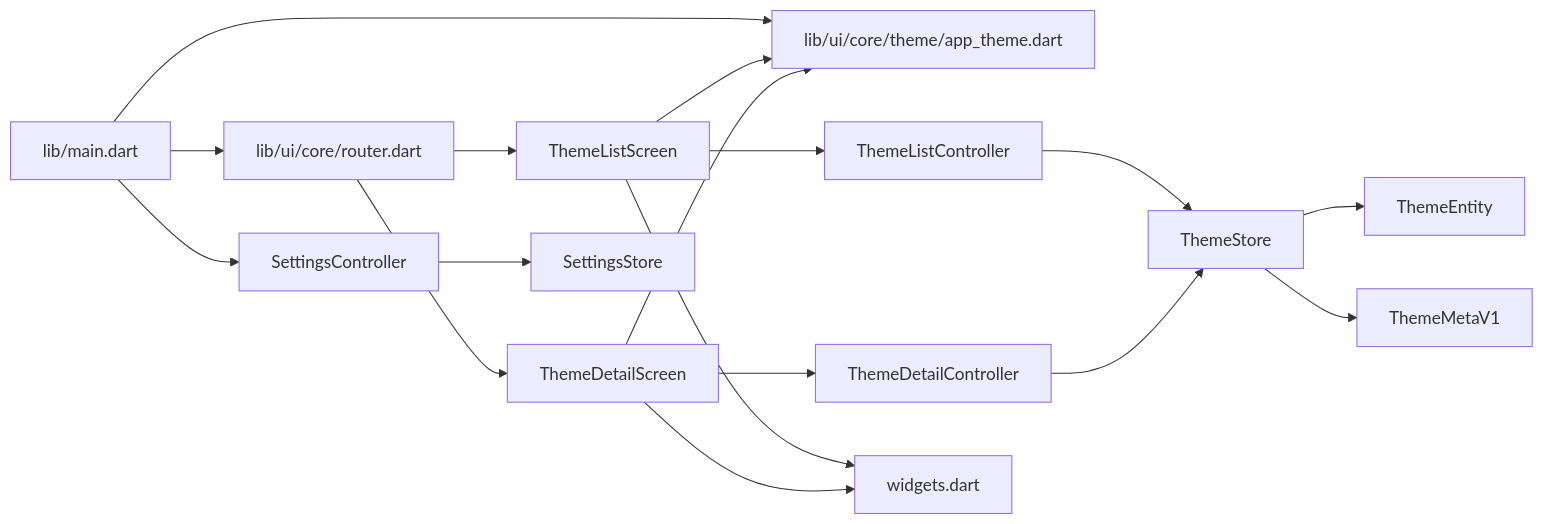
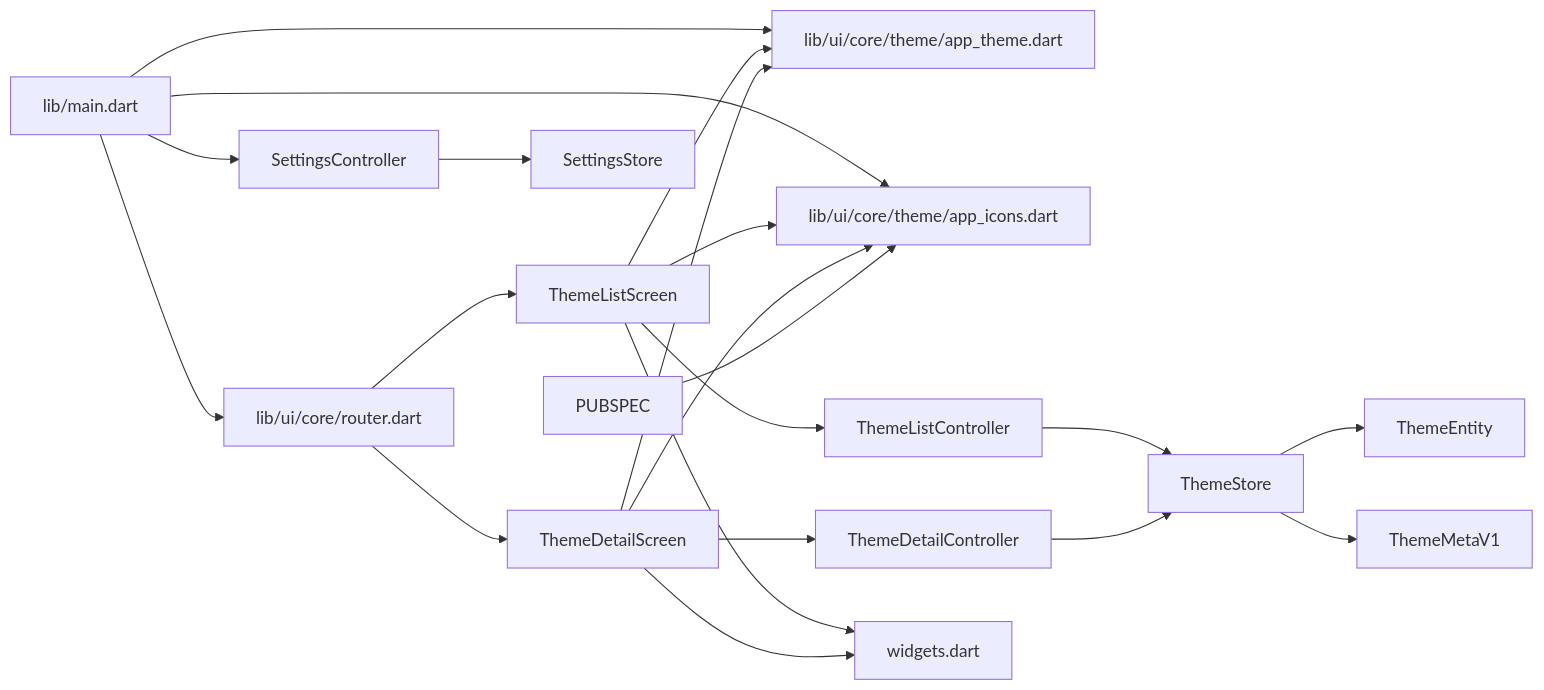
Before and after one commit to Ykworm/thktree: the fifth of 5 diagrams in .qoder/repowiki/zh/content/架构设计/UI 组件架构/主题系统.md, drawn with Mermaid. The commit also changed other lines of this file and 39 other files, not shown here.

````diff
--- a/.qoder/repowiki/zh/content/架构设计/UI 组件架构/主题系统.md
+++ b/.qoder/repowiki/zh/content/架构设计/UI 组件架构/主题系统.md
@@ -368,19 +499,23 @@
 ```mermaid
 graph LR
 MAIN["lib/main.dart"] --> ROUTER["lib/ui/core/router.dart"]
 MAIN --> APP_THEME["lib/ui/core/theme/app_theme.dart"]
+MAIN --> APP_ICONS["lib/ui/core/theme/app_icons.dart"]
 ROUTER --> LIST_SCREEN["ThemeListScreen"]
 ROUTER --> DETAIL_SCREEN["ThemeDetailScreen"]
 LIST_SCREEN --> LIST_CTRL["ThemeListController"]
 DETAIL_SCREEN --> DETAIL_CTRL["ThemeDetailController"]
 LIST_SCREEN --> APP_THEME
 DETAIL_SCREEN --> APP_THEME
+LIST_SCREEN --> APP_ICONS
+DETAIL_SCREEN --> APP_ICONS
 LIST_SCREEN --> WIDGETS["widgets.dart"]
 DETAIL_SCREEN --> WIDGETS
 LIST_CTRL --> THEME_STORE["ThemeStore"]
 DETAIL_CTRL --> THEME_STORE
 THEME_STORE --> THEME_MODEL["ThemeEntity"]
 THEME_STORE --> THEME_META["ThemeMetaV1"]
 MAIN --> SETTINGS_CTRL["SettingsController"]
 SETTINGS_CTRL --> SETTINGS_STORE["SettingsStore"]
+PUBSPEC --> APP_ICONS
 ```
````
